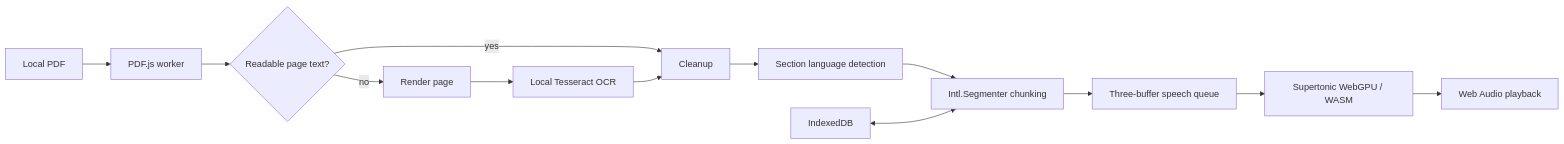
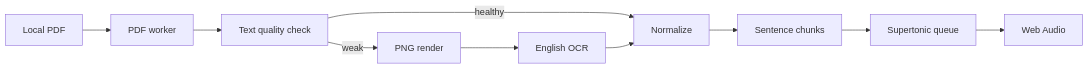
Before and after one commit to adriandsouza/readlocal: the diagram in docs/ARCHITECTURE.md, drawn with Mermaid. The commit also changed other lines of this file and 27 other files, not shown here.

Commit message:
feat: simplify English PDF reading and improve mobile stability

````diff
--- a/docs/ARCHITECTURE.md
+++ b/docs/ARCHITECTURE.md
@@ -3,15 +3,12 @@
 ```mermaid
 flowchart LR
-  A[Local PDF] --> B[PDF.js worker]
-  B --> C{Readable page text?}
-  C -->|yes| D[Cleanup]
-  C -->|no| E[Render page]
-  E --> F[Local Tesseract OCR]
+  A[Local PDF] --> B[PDF worker]
+  B --> C[Text quality check]
+  C -->|healthy| D[Normalize]
+  C -->|weak| E[PNG render]
+  E --> F[English OCR]
   F --> D
-  D --> G[Section language detection]
-  G --> H[Intl.Segmenter chunking]
-  H --> I[Three-buffer speech queue]
-  I --> J[Supertonic WebGPU / WASM]
-  J --> K[Web Audio playback]
-  L[IndexedDB] <--> H
+  D --> G[Sentence chunks]
+  G --> H[Supertonic queue]
+  H --> I[Web Audio]
 ```
````
